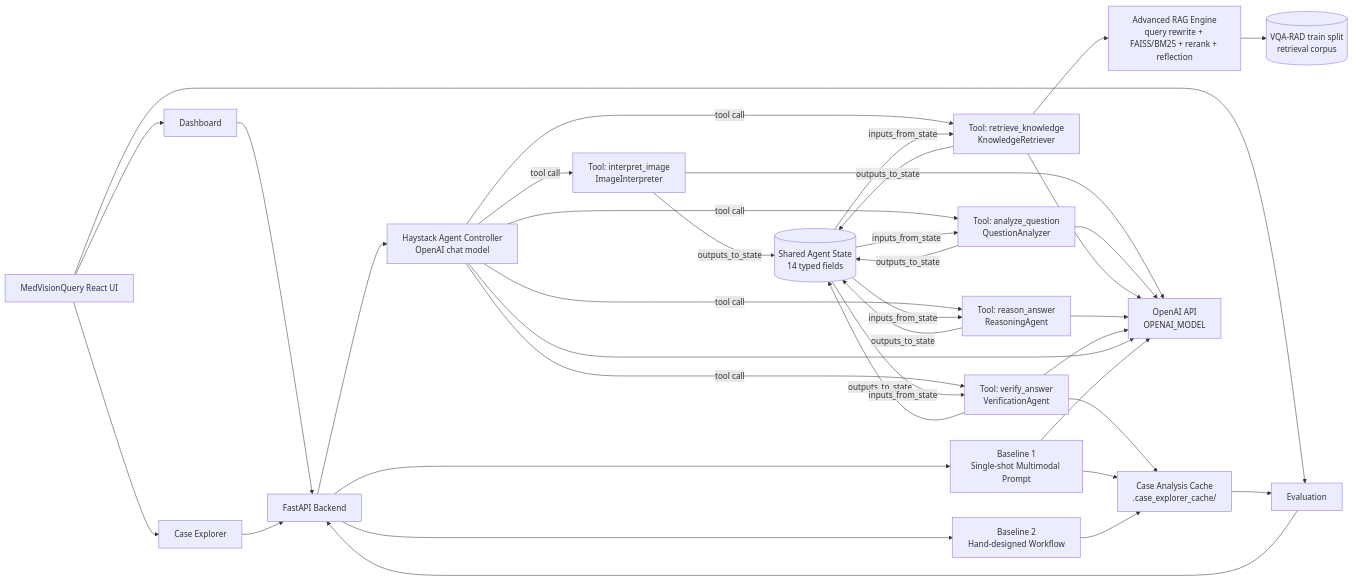
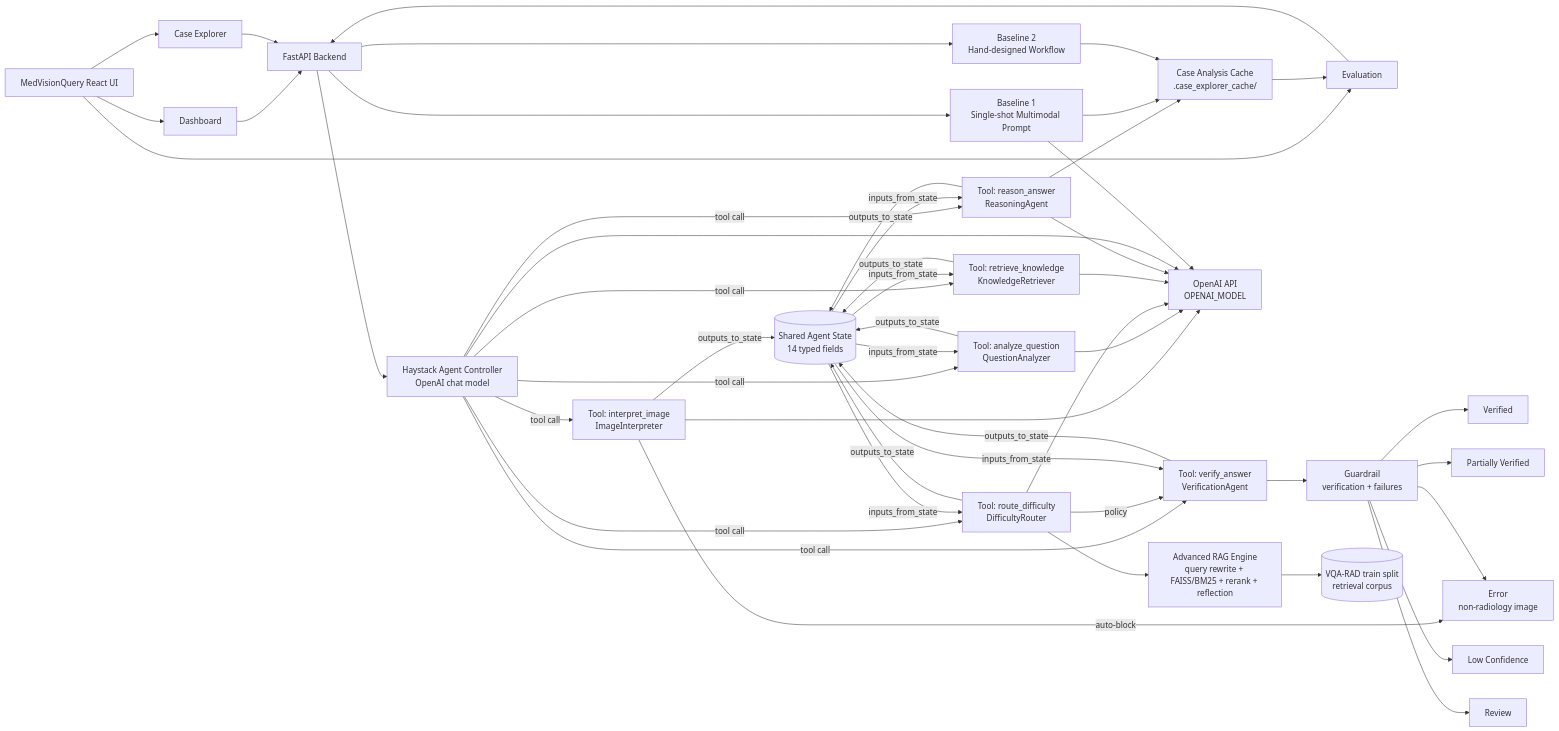
One commit to clarence-ck/med-vqa-rad-agentic changed the diagram in README.md. Above: the diagram before and after it, drawn with Mermaid. The commit also changed other lines of this file, not shown here.

Commit message:
docs: update system diagram and documentation to reflect DifficultyRouter integration, policy-guided verification flow, and expanded answer states with guardrail logic

````diff
--- a/README.md
+++ b/README.md
@@ -47,53 +47,66 @@
 ```mermaid
 flowchart LR
     UI[MedVisionQuery React UI]
     DASH[Dashboard]
     EXP[Case Explorer]
     EVAL[Evaluation]
 
     UI --> DASH
     UI --> EXP
     UI --> EVAL
 
     DASH --> API[FastAPI Backend]
     EXP --> API
     EVAL --> API
 
     API --> ORCH[Haystack Agent Controller\nOpenAI chat model]
 
     ORCH -->|tool call| T1[Tool: interpret_image\nImageInterpreter]
     ORCH -->|tool call| T2[Tool: analyze_question\nQuestionAnalyzer]
-    ORCH -->|tool call| T3[Tool: retrieve_knowledge\nKnowledgeRetriever]
-    ORCH -->|tool call| T4[Tool: reason_answer\nReasoningAgent]
-    ORCH -->|tool call| T5[Tool: verify_answer\nVerificationAgent]
+    ORCH -->|tool call| T3[Tool: route_difficulty\nDifficultyRouter]
+    ORCH -->|tool call| T4[Tool: retrieve_knowledge\nKnowledgeRetriever]
+    ORCH -->|tool call| T5[Tool: reason_answer\nReasoningAgent]
+    ORCH -->|tool call| T6[Tool: verify_answer\nVerificationAgent]
+
+    T1 -->|auto-block| ERR[Error\nnon-radiology image]
+    T3 -->|policy| T6
 
     T1 -->|outputs_to_state| STATE[(Shared Agent State\n14 typed fields)]
     T2 -->|outputs_to_state| STATE
     T3 -->|outputs_to_state| STATE
     T4 -->|outputs_to_state| STATE
     T5 -->|outputs_to_state| STATE
+    T6 -->|outputs_to_state| STATE
 
     STATE -->|inputs_from_state| T2
     STATE -->|inputs_from_state| T3
     STATE -->|inputs_from_state| T4
     STATE -->|inputs_from_state| T5
+    STATE -->|inputs_from_state| T6
+
+    T6 --> GUARD[Guardrail\nverification + failures]
+    GUARD --> VER[Verified]
+    GUARD --> PART[Partially Verified]
+    GUARD --> LOW[Low Confidence]
+    GUARD --> REV[Review]
+    GUARD --> ERR
 
     API --> B1[Baseline 1\nSingle-shot Multimodal Prompt]
     API --> B2[Baseline 2\nHand-designed Workflow]
 
     T3 --> RAG[Advanced RAG Engine\nquery rewrite + FAISS/BM25 + rerank + reflection]
     RAG --> TRAIN[(VQA-RAD train split\nretrieval corpus)]
 
     T5 --> CACHE[Case Analysis Cache\n.case_explorer_cache/]
     B1 --> CACHE
     B2 --> CACHE
     CACHE --> EVAL
 
     T1 --> LLM[OpenAI API\nOPENAI_MODEL]
     T2 --> LLM
     T3 --> LLM
     T4 --> LLM
     T5 --> LLM
     ORCH --> LLM
     B1 --> LLM
 ```
````
